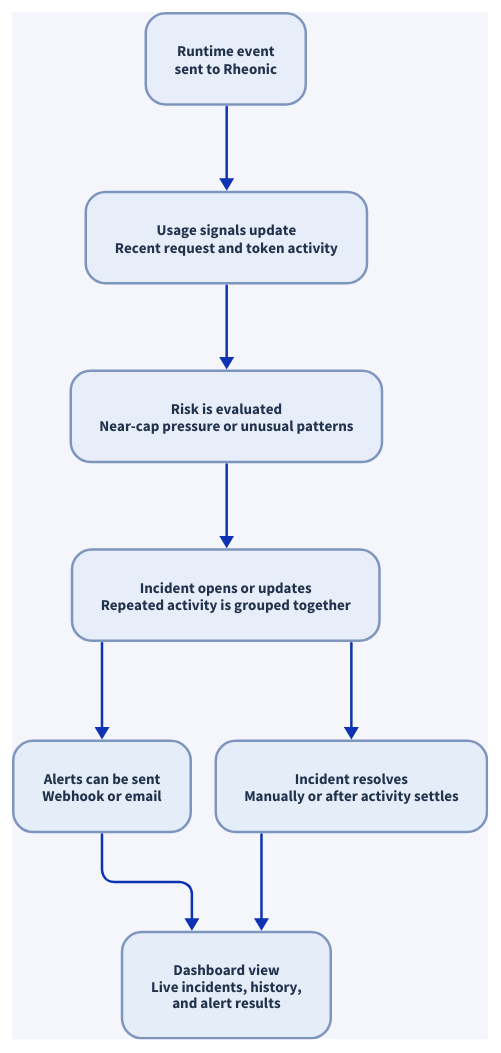
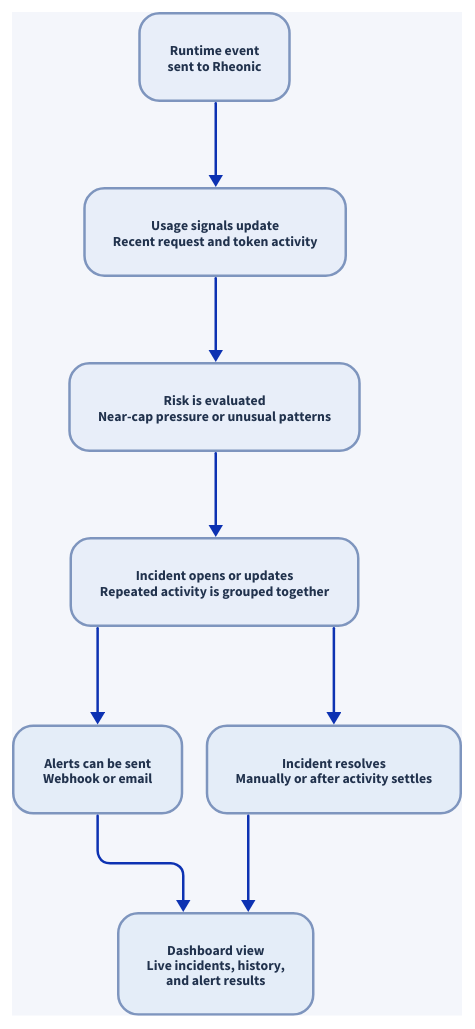
Before and after one commit to MichaelTelvin/Rheonic: the diagram in docs/architecture/incident_flow.d2, drawn with D2. The commit also changed 8 other files, not shown here.

```diff
--- a/docs/architecture/incident_flow.d2
+++ b/docs/architecture/incident_flow.d2
@@ -1,91 +1,91 @@
 direction: down
 
 vars: {
   d2-config: {
     pad: 10
     sketch: false
     layout-engine: elk
   }
 }
 
 style: {
   fill: "#f4f6fb"
 }
 
 event: "Runtime event\nsent to Rheonic" {
   style: {
     fill: "#e8eef9"
     stroke: "#7e95be"
     font-color: "#21324d"
     border-radius: 16
-    font-size: 12
+    font-size: 11
   }
 }
 
 signals: "Usage signals update\nRecent request and token activity" {
   style: {
     fill: "#e8eef9"
     stroke: "#7e95be"
     font-color: "#21324d"
     border-radius: 16
-    font-size: 12
+    font-size: 11
   }
 }
 
 risk_check: "Risk is evaluated\nNear-cap pressure or unusual patterns" {
   style: {
     fill: "#e8eef9"
     stroke: "#7e95be"
     font-color: "#21324d"
     border-radius: 16
-    font-size: 12
+    font-size: 11
   }
 }
 
 incident: "Incident opens or updates\nRepeated activity is grouped together" {
   style: {
     fill: "#e8eef9"
     stroke: "#7e95be"
     font-color: "#21324d"
     border-radius: 16
-    font-size: 12
+    font-size: 11
   }
 }
 
 alerts: "Alerts can be sent\nWebhook or email" {
   style: {
     fill: "#e4edf8"
     stroke: "#7e95be"
     font-color: "#21324d"
     border-radius: 16
-    font-size: 12
+    font-size: 11
   }
 }
 
 resolve: "Incident resolves\nManually or after activity settles" {
   style: {
     fill: "#e4edf8"
     stroke: "#7e95be"
     font-color: "#21324d"
     border-radius: 16
-    font-size: 12
+    font-size: 11
   }
 }
 
 dashboard: "Dashboard view\nLive incidents, history,\nand alert results" {
   style: {
     fill: "#e4edf8"
     stroke: "#7e95be"
     font-color: "#21324d"
     border-radius: 16
-    font-size: 12
+    font-size: 11
   }
 }
 
 event -> signals
 signals -> risk_check
 risk_check -> incident
 incident -> alerts
 incident -> resolve
 alerts -> dashboard
 resolve -> dashboard
```
